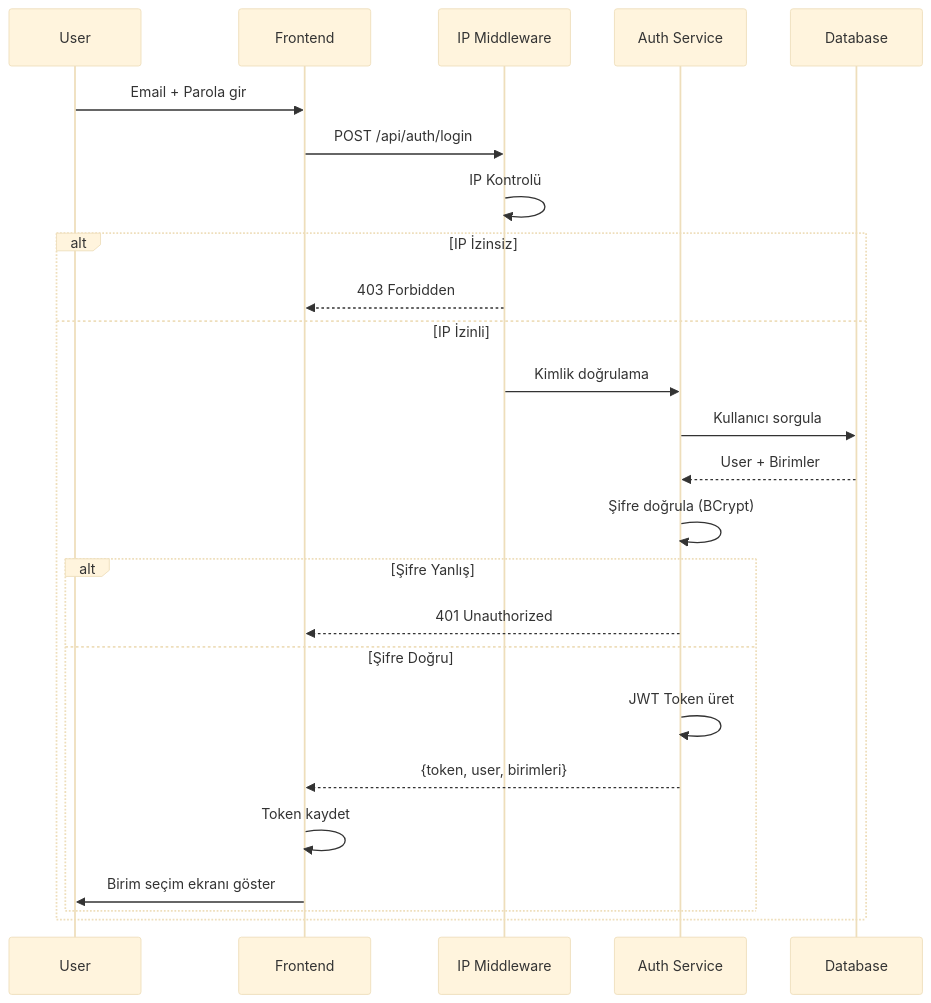
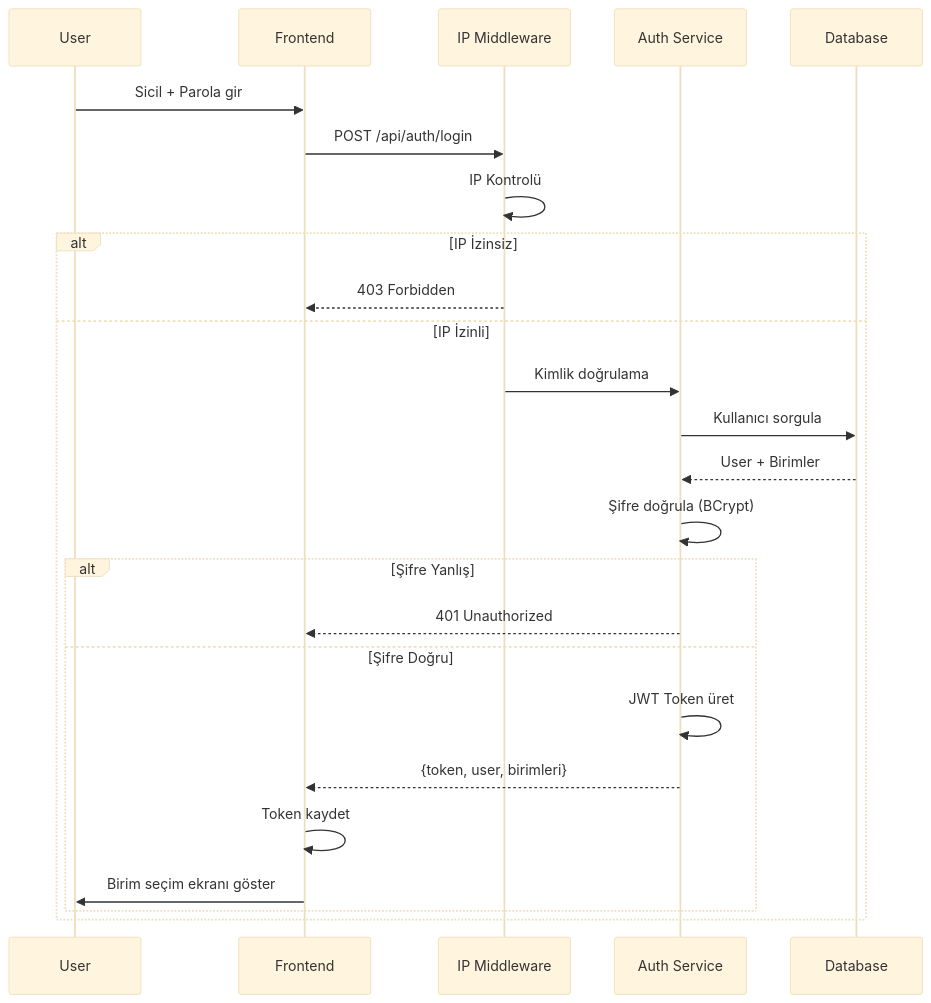
Before and after one commit to chelebyy/Intranet: the first of 2 diagrams in TECHNICAL_DESIGN.md, drawn with Mermaid (base theme). The commit also changed other lines of this file and 38 other files, not shown here.

````diff
--- a/TECHNICAL_DESIGN.md
+++ b/TECHNICAL_DESIGN.md
@@ -735,28 +743,28 @@
 ```mermaid
 sequenceDiagram
     participant U as User
     participant F as Frontend
     participant M as IP Middleware
     participant A as Auth Service
     participant DB as Database
 
-    U->>F: Email + Parola gir
+    U->>F: Sicil + Parola gir
     F->>M: POST /api/auth/login
     M->>M: IP Kontrolü
     alt IP İzinsiz
         M-->>F: 403 Forbidden
     else IP İzinli
         M->>A: Kimlik doğrulama
         A->>DB: Kullanıcı sorgula
         DB-->>A: User + Birimler
         A->>A: Şifre doğrula (BCrypt)
         alt Şifre Yanlış
             A-->>F: 401 Unauthorized
         else Şifre Doğru
             A->>A: JWT Token üret
             A-->>F: {token, user, birimleri}
             F->>F: Token kaydet
             F->>U: Birim seçim ekranı göster
         end
     end
 ```
````
